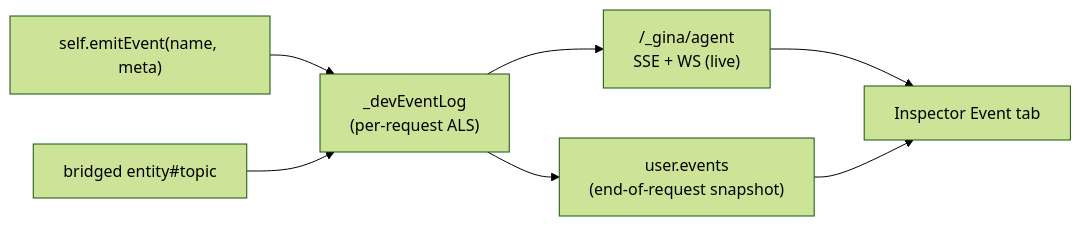
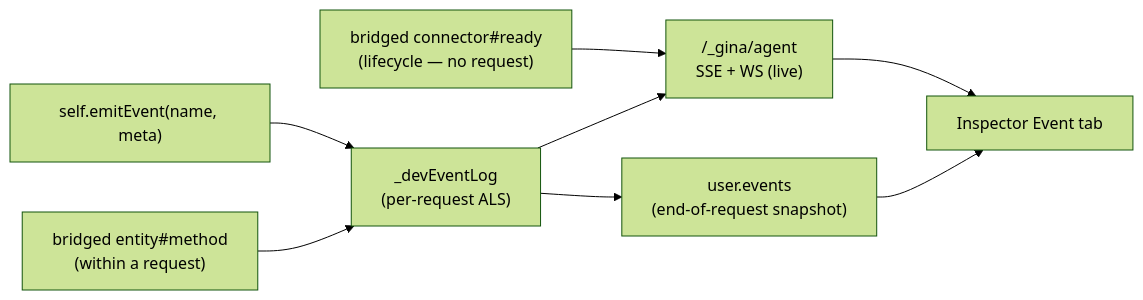
Before and after one commit to gina-io/docs: the third of 5 diagrams in docs/guides/inspector.md, drawn with Mermaid (forest theme). The commit also changed other lines of this file, not shown here.

First line of the commit message:
Documenting the #EVTBUS connector-lifecycle event bridge and topic-selection guidance

````diff
--- a/docs/guides/inspector.md
+++ b/docs/guides/inspector.md
@@ -291,9 +300,10 @@
 ```mermaid
 flowchart LR
     A["self.emitEvent(name, meta)"] --> C["_devEventLog<br/>(per-request ALS)"]
-    B["bridged entity#topic"] --> C
+    B["bridged entity#method<br/>(within a request)"] --> C
+    G["bridged connector#ready<br/>(lifecycle — no request)"] --> D
     C --> D["/_gina/agent<br/>SSE + WS (live)"]
     C --> E["user.events<br/>(end-of-request snapshot)"]
     D --> F[Inspector Event tab]
     E --> F
 ```
````
